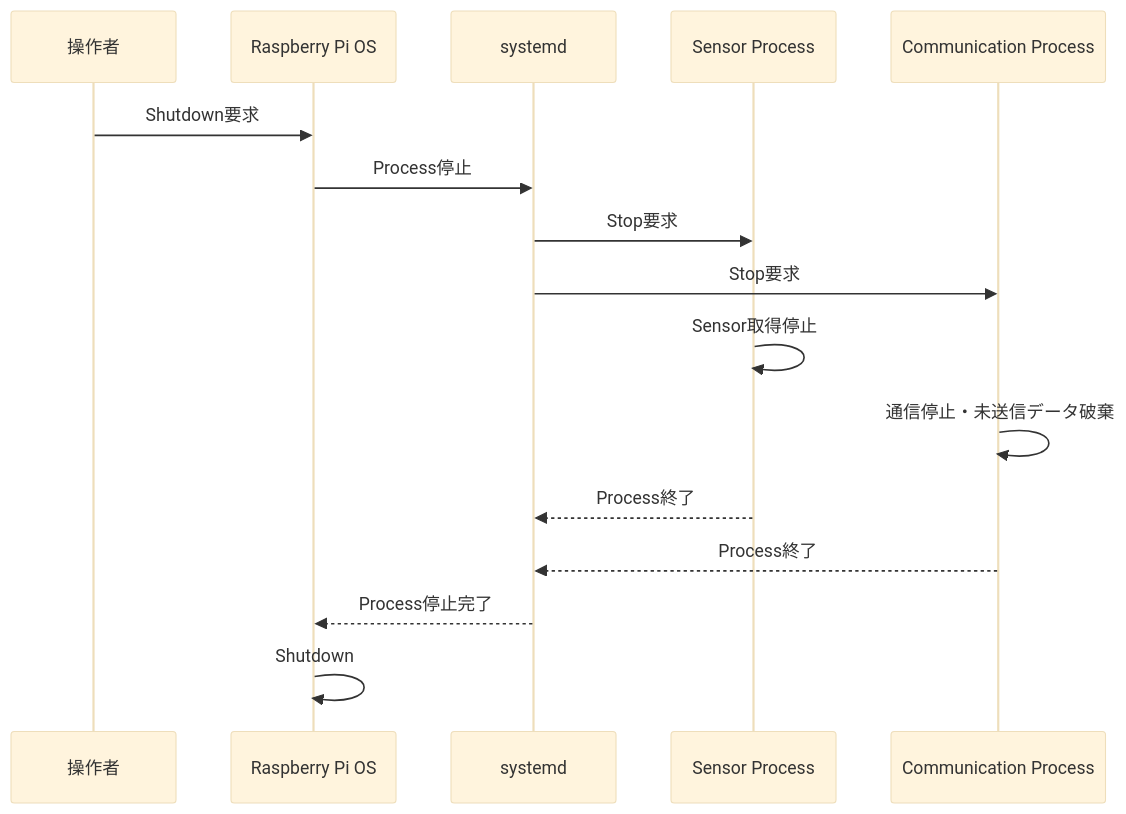
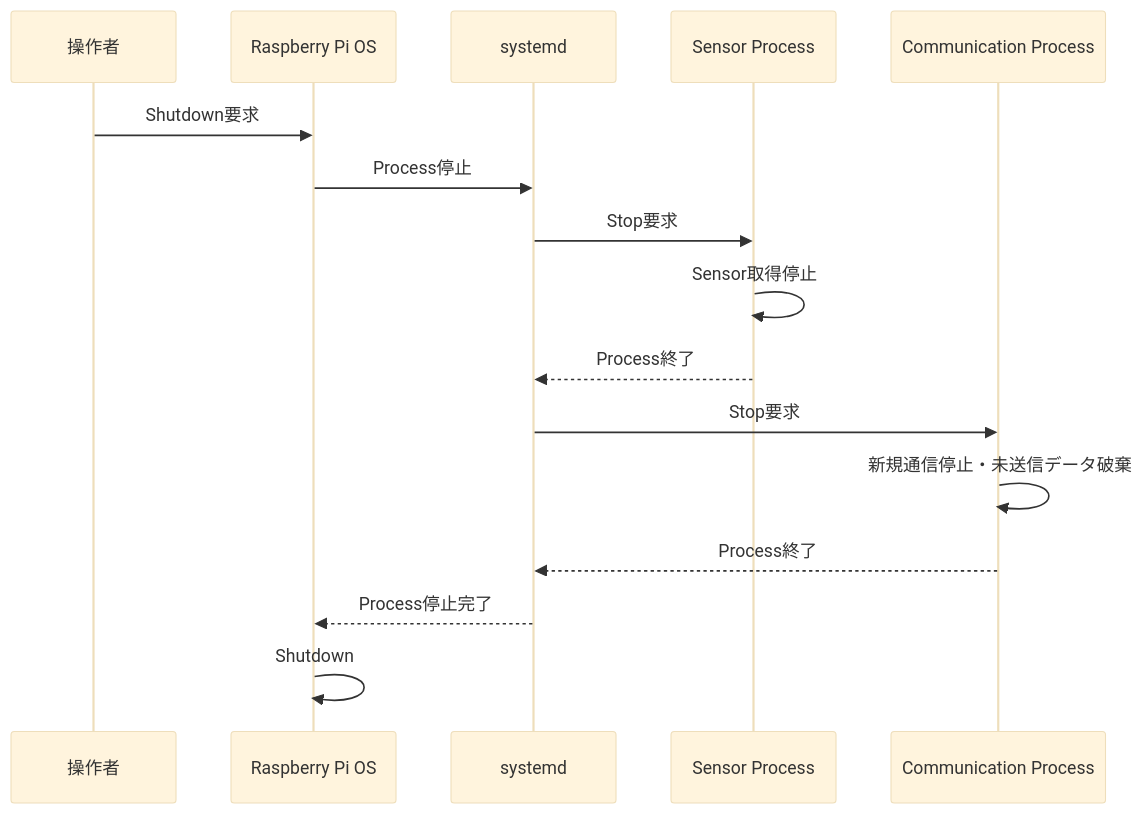
Before and after one commit to yujimasuda77777/Raspberry_Pi_4B_Edge_IoT_System: diagram 45 of 46 in docs/05_operation_recovery.md, drawn with Mermaid (base theme). The commit also changed other lines of this file, not shown here.

````diff
--- a/docs/05_operation_recovery.md
+++ b/docs/05_operation_recovery.md
@@ -2462,22 +2462,21 @@
 ```mermaid
 sequenceDiagram
     participant User as 操作者
     participant OS as Raspberry Pi OS
     participant SD as systemd
     participant S as Sensor Process
     participant C as Communication Process
 
     User->>OS: Shutdown要求
     OS->>SD: Process停止
     SD->>S: Stop要求
+    S->>S: Sensor取得停止
+    S-->>SD: Process終了
+
     SD->>C: Stop要求
-
-    S->>S: Sensor取得停止
-    C->>C: 通信停止・未送信データ破棄
-
-    S-->>SD: Process終了
+    C->>C: 新規通信停止・未送信データ破棄
     C-->>SD: Process終了
 
     SD-->>OS: Process停止完了
     OS->>OS: Shutdown
 ```
````
